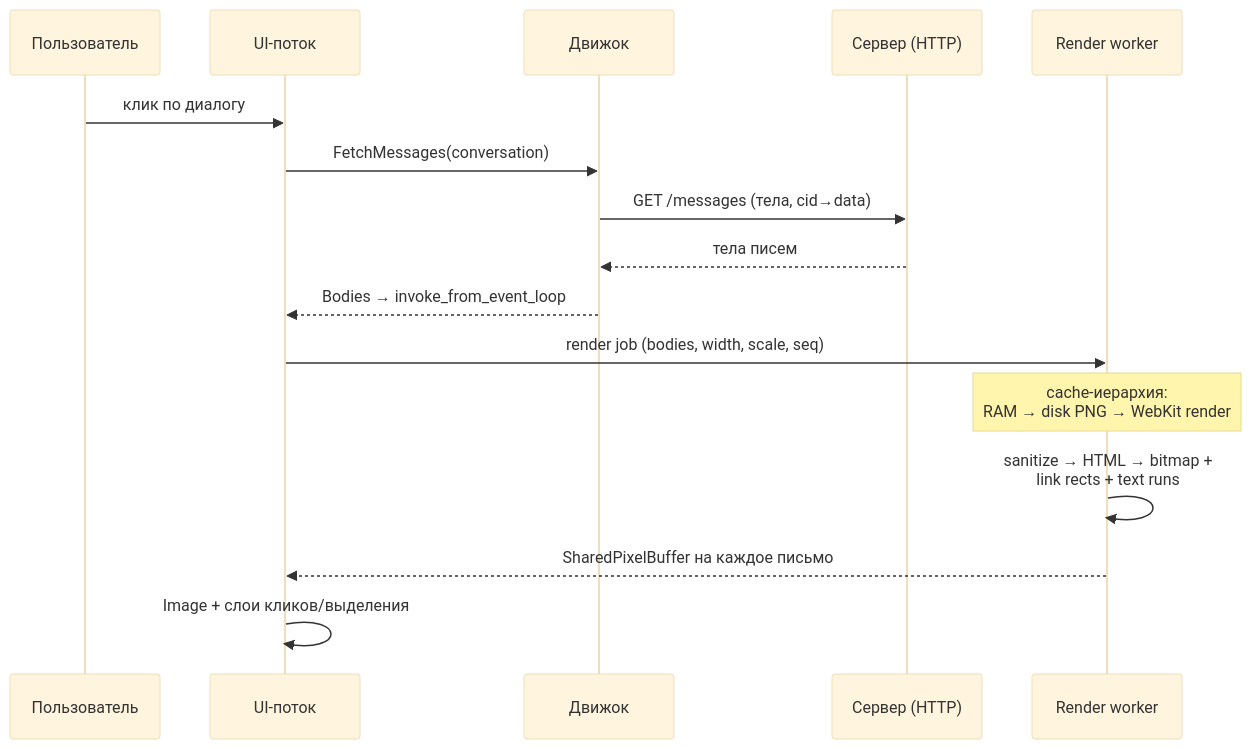
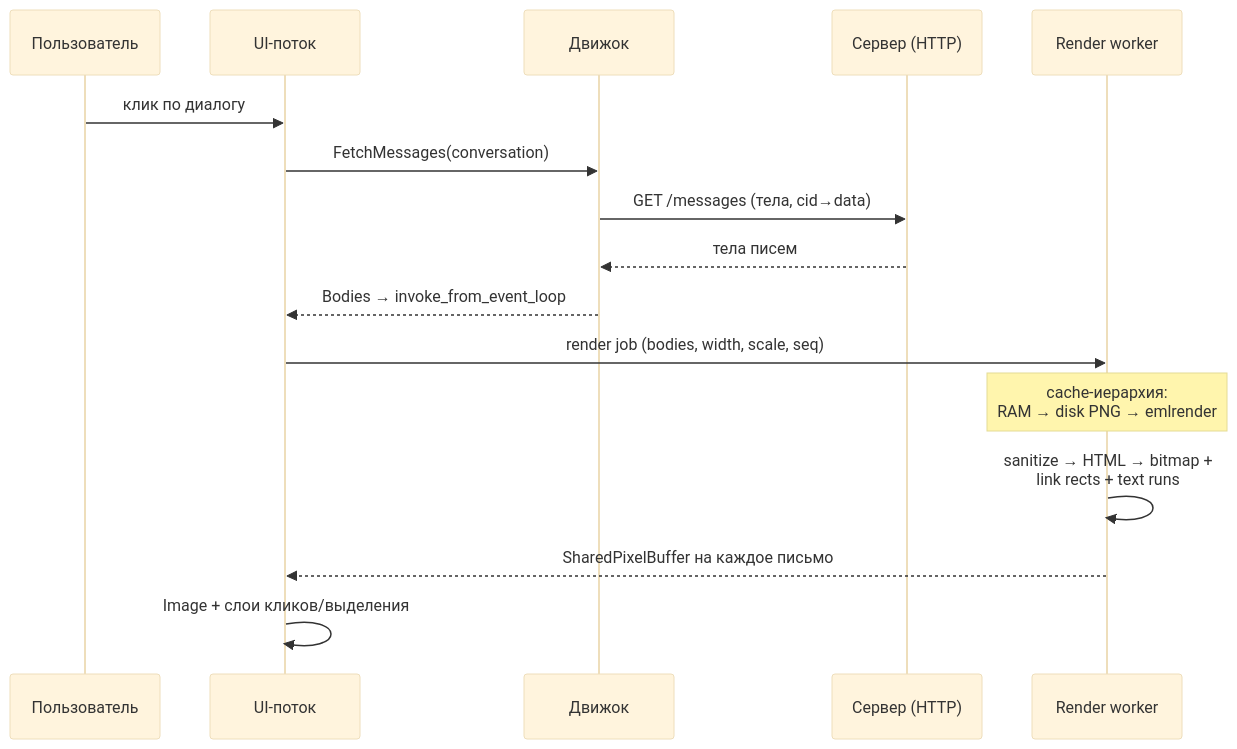
One commit to ddletotam/ddmailserver changed the third of 5 diagrams in docs/desktop-architecture.md. Above: the diagram before and after it, drawn with Mermaid (base theme). The commit also changed other lines of this file and 11 other files, not shown here.

````diff
--- a/docs/desktop-architecture.md
+++ b/docs/desktop-architecture.md
@@ -144,19 +145,19 @@
 ```mermaid
 sequenceDiagram
     participant U as Пользователь
     participant UI as UI-поток
     participant E as Движок
     participant S as Сервер (HTTP)
     participant R as Render worker
 
     U->>UI: клик по диалогу
     UI->>E: FetchMessages(conversation)
     E->>S: GET /messages (тела, cid→data)
     S-->>E: тела писем
     E-->>UI: Bodies → invoke_from_event_loop
     UI->>R: render job (bodies, width, scale, seq)
-    Note over R: cache-иерархия:<br/>RAM → disk PNG → WebKit render
+    Note over R: cache-иерархия:<br/>RAM → disk PNG → emlrender
     R->>R: sanitize → HTML → bitmap +<br/>link rects + text runs
     R-->>UI: SharedPixelBuffer на каждое письмо
     UI->>UI: Image + слои кликов/выделения
 ```
````
